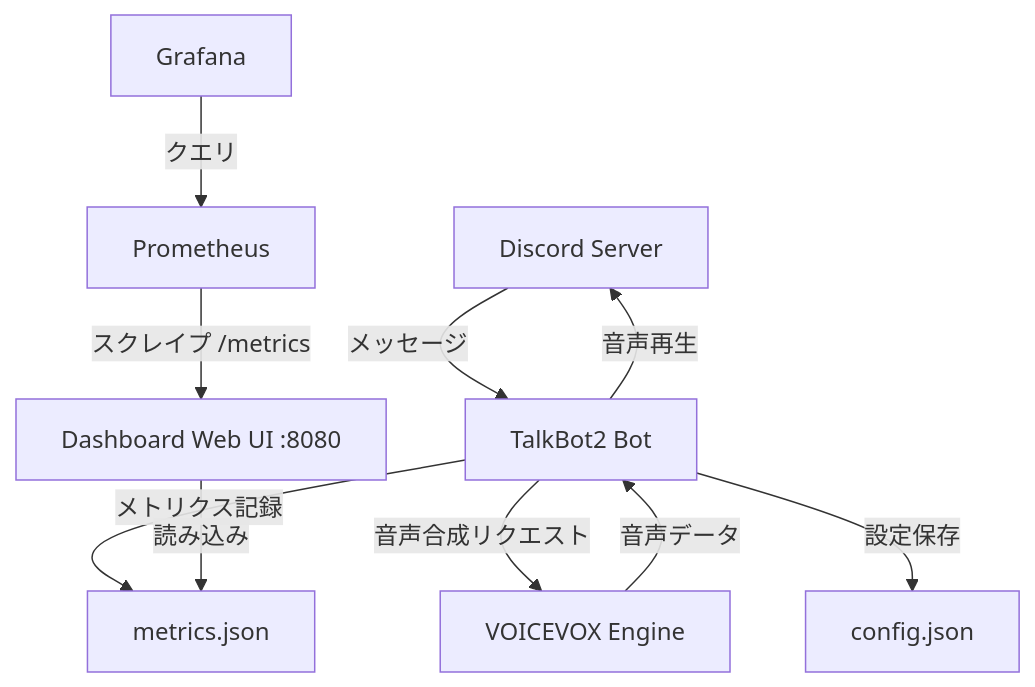
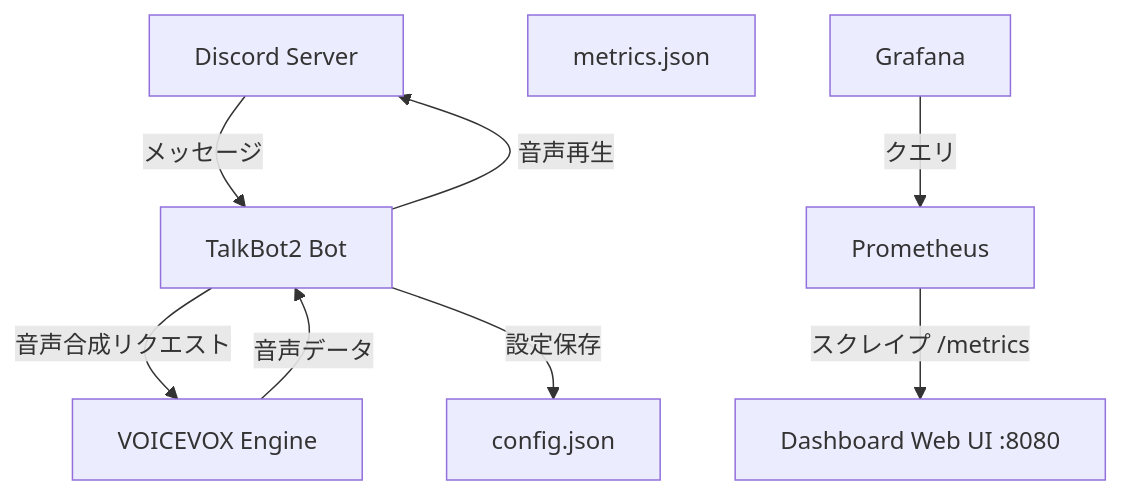
One commit to syuutaMC/TalkBot2 changed the diagram in README.md. Above: the diagram before and after it, drawn with Mermaid. The commit also changed other lines of this file and 2 other files, not shown here.

````diff
--- a/README.md
+++ b/README.md
@@ -63,21 +62,19 @@
 ```mermaid
 graph TB
     Discord[Discord Server]
     Bot[TalkBot2 Bot]
     VOICEVOX[VOICEVOX Engine]
     Config[config.json]
     Metrics[metrics.json]
     Dashboard[Dashboard Web UI :8080]
     Prometheus[Prometheus]
     Grafana[Grafana]
     
     Discord -->|メッセージ| Bot
     Bot -->|音声合成リクエスト| VOICEVOX
     VOICEVOX -->|音声データ| Bot
     Bot -->|音声再生| Discord
     Bot -->|設定保存| Config
-    Bot -->|メトリクス記録| Metrics
-    Dashboard -->|読み込み| Metrics
     Prometheus -->|スクレイプ /metrics| Dashboard
     Grafana -->|クエリ| Prometheus
 ```
````
